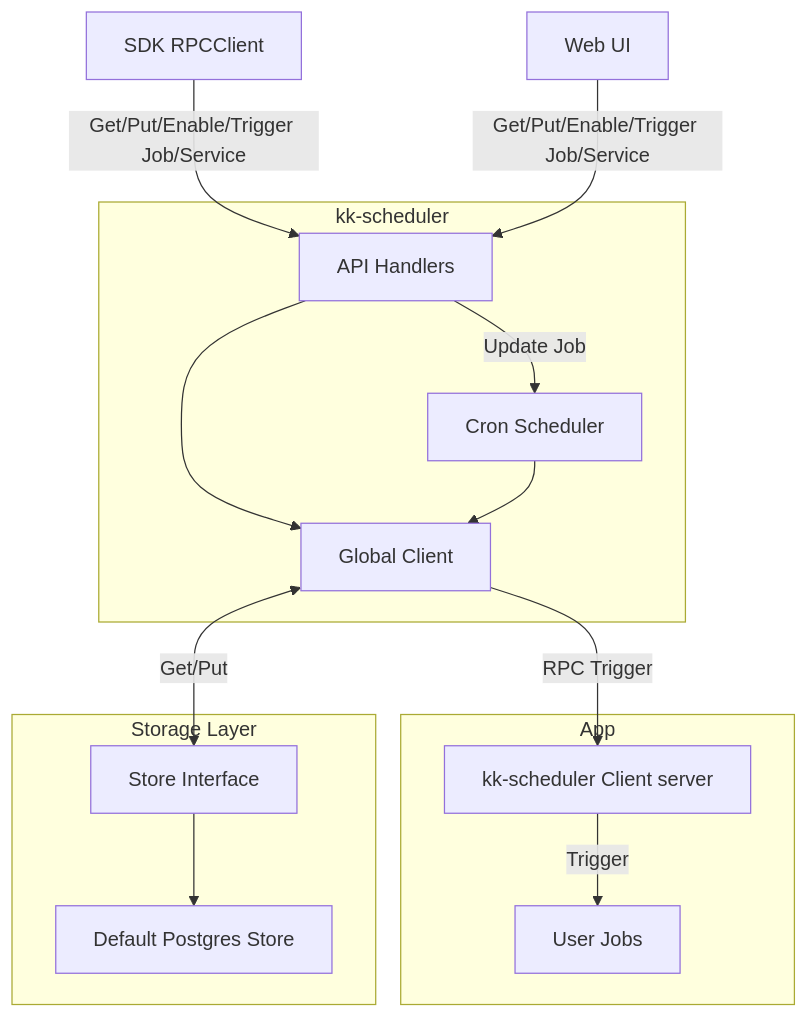
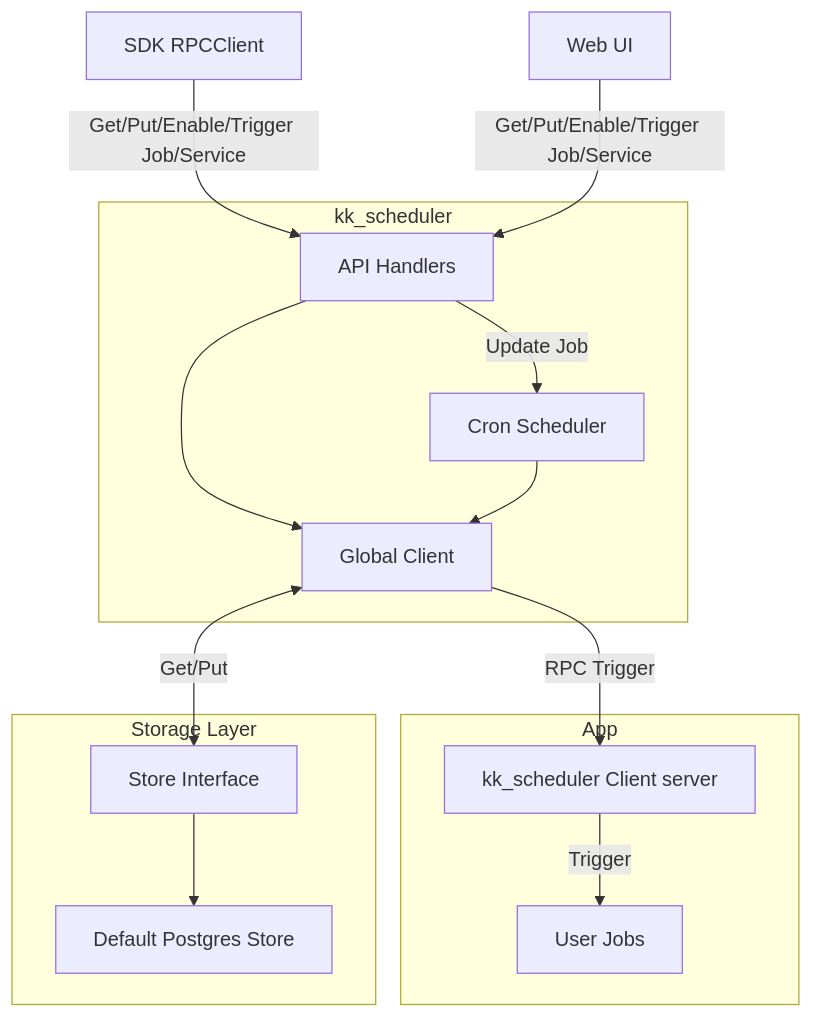
Before and after one commit to cruvie/kk_scheduler: the diagram in README.md, drawn with Mermaid. The commit also changed other lines of this file and 48 other files, not shown here.

````diff
--- a/README.md
+++ b/README.md
@@ -31,31 +31,31 @@
 ```mermaid
 graph TB
     U[SDK RPCClient]
     W[Web UI]
 
-    subgraph kk-scheduler
+    subgraph kk_scheduler
         C[API Handlers]
         G[Global Client]
         F[Cron Scheduler]
         C -- Update Job --> F
     end
 
     subgraph App
-        A[kk-scheduler Client server]
+        A[kk_scheduler Client server]
         A2[User Jobs]
         A -- Trigger --> A2
     end
 
     subgraph Storage Layer
         J[Store Interface]
         I[Default Postgres Store]
     end
 
     U -- Get/Put/Enable/Trigger Job/Service --> C
     W -- Get/Put/Enable/Trigger Job/Service --> C
     C --> G
     F --> G
     G -- RPC Trigger --> A
     G <-- Get/Put --> J
     J --> I
 ```
````
